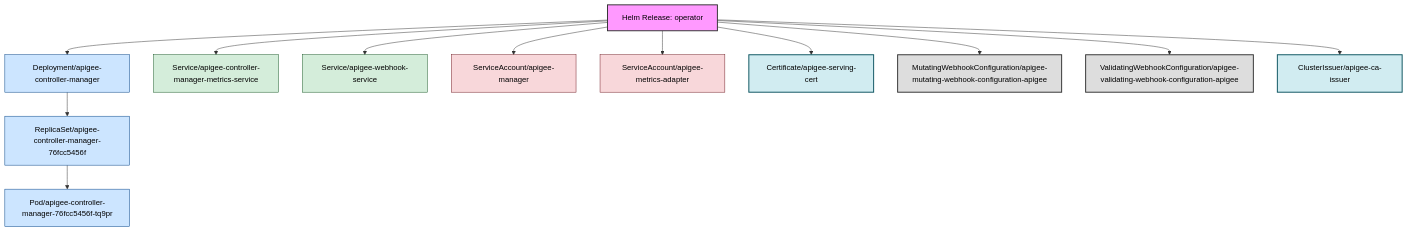
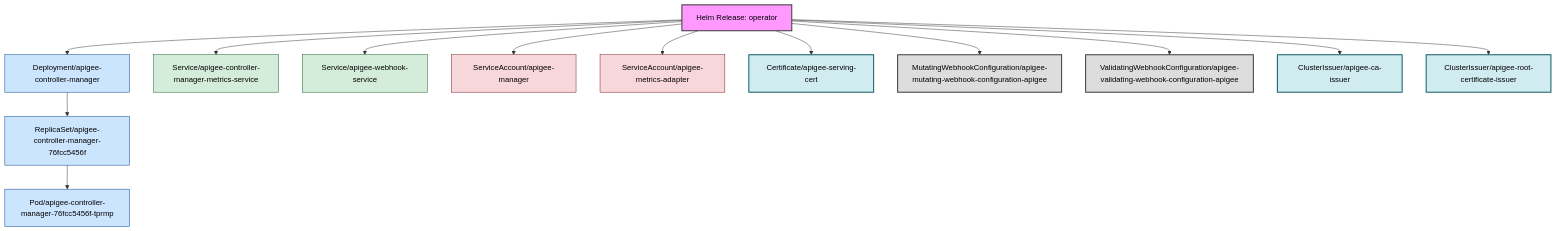
Before and after one commit to anaik91/apigee-hybrid-relationship-builder: the diagram in generated/apigee-operator-1.15.0-deep.md, drawn with Mermaid. The commit also changed other lines of this file and 51 other files, not shown here.

````diff
--- a/generated/apigee-operator-1.15.0-deep.md
+++ b/generated/apigee-operator-1.15.0-deep.md
@@ -13,50 +13,53 @@
 ```mermaid
 graph TD;
     classDef helm fill:#f9f,stroke:#333,stroke-width:2px,color:#000
     classDef workload fill:#cce5ff,stroke:#004085,stroke-width:1px,color:#000
     classDef network fill:#d4edda,stroke:#155724,stroke-width:1px,color:#000
     classDef config fill:#e2e3e5,stroke:#383d41,stroke-width:1px,color:#000
     classDef rbac fill:#f8d7da,stroke:#721c24,stroke-width:1px,color:#000
     classDef apigee_crd fill:#fff3cd,stroke:#856404,stroke-width:2px,color:#000
     classDef cert_manager_crd fill:#d1ecf1,stroke:#0c5460,stroke-width:2px,color:#000
     classDef webhook fill:#ddd,stroke:#333,stroke-width:2px,color:#000
     classDef default fill:#fff,stroke:#333,stroke-width:1px,color:#000
 
     Deploymentapigeecontrollermanager["Deployment/apigee-controller-manager"]
     ReplicaSetapigeecontrollermanager76fcc5456f["ReplicaSet/apigee-controller-manager-76fcc5456f"]
-    Podapigeecontrollermanager76fcc5456ftq9pr["Pod/apigee-controller-manager-76fcc5456f-tq9pr"]
+    Podapigeecontrollermanager76fcc5456ftprmp["Pod/apigee-controller-manager-76fcc5456f-tprmp"]
     HelmReleaseoperator["Helm Release: operator"]
     Serviceapigeecontrollermanagermetricsservice["Service/apigee-controller-manager-metrics-service"]
     Serviceapigeewebhookservice["Service/apigee-webhook-service"]
     ServiceAccountapigeemanager["ServiceAccount/apigee-manager"]
     ServiceAccountapigeemetricsadapter["ServiceAccount/apigee-metrics-adapter"]
     Certificateapigeeservingcert["Certificate/apigee-serving-cert"]
     MutatingWebhookConfigurationapigeemutatingwebhookconfigurationapigee["MutatingWebhookConfiguration/apigee-mutating-webhook-configuration-apigee"]
     ValidatingWebhookConfigurationapigeevalidatingwebhookconfigurationapigee["ValidatingWebhookConfiguration/apigee-validating-webhook-configuration-apigee"]
     ClusterIssuerapigeecaissuer["ClusterIssuer/apigee-ca-issuer"]
+    ClusterIssuerapigeerootcertificateissuer["ClusterIssuer/apigee-root-certificate-issuer"]
 
     class Deploymentapigeecontrollermanager workload;
     class ReplicaSetapigeecontrollermanager76fcc5456f workload;
-    class Podapigeecontrollermanager76fcc5456ftq9pr workload;
+    class Podapigeecontrollermanager76fcc5456ftprmp workload;
     class HelmReleaseoperator helm;
     class Serviceapigeecontrollermanagermetricsservice network;
     class Serviceapigeewebhookservice network;
     class ServiceAccountapigeemanager rbac;
     class ServiceAccountapigeemetricsadapter rbac;
     class Certificateapigeeservingcert cert_manager_crd;
     class MutatingWebhookConfigurationapigeemutatingwebhookconfigurationapigee webhook;
     class ValidatingWebhookConfigurationapigeevalidatingwebhookconfigurationapigee webhook;
     class ClusterIssuerapigeecaissuer cert_manager_crd;
+    class ClusterIssuerapigeerootcertificateissuer cert_manager_crd;
 
     Deploymentapigeecontrollermanager --> ReplicaSetapigeecontrollermanager76fcc5456f
-    ReplicaSetapigeecontrollermanager76fcc5456f --> Podapigeecontrollermanager76fcc5456ftq9pr
+    ReplicaSetapigeecontrollermanager76fcc5456f --> Podapigeecontrollermanager76fcc5456ftprmp
     HelmReleaseoperator --> Deploymentapigeecontrollermanager
     HelmReleaseoperator --> Serviceapigeecontrollermanagermetricsservice
     HelmReleaseoperator --> Serviceapigeewebhookservice
     HelmReleaseoperator --> ServiceAccountapigeemanager
     HelmReleaseoperator --> ServiceAccountapigeemetricsadapter
     HelmReleaseoperator --> Certificateapigeeservingcert
     HelmReleaseoperator --> MutatingWebhookConfigurationapigeemutatingwebhookconfigurationapigee
     HelmReleaseoperator --> ValidatingWebhookConfigurationapigeevalidatingwebhookconfigurationapigee
     HelmReleaseoperator --> ClusterIssuerapigeecaissuer
+    HelmReleaseoperator --> ClusterIssuerapigeerootcertificateissuer
 ```
````
